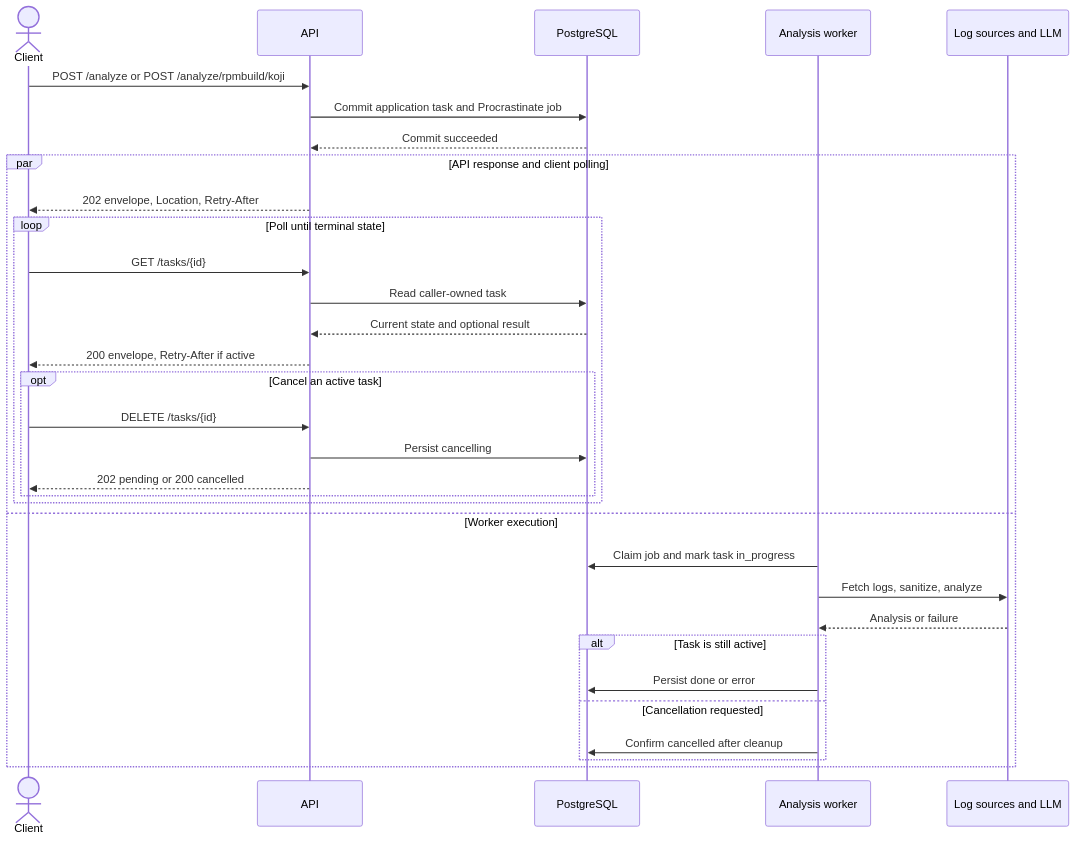
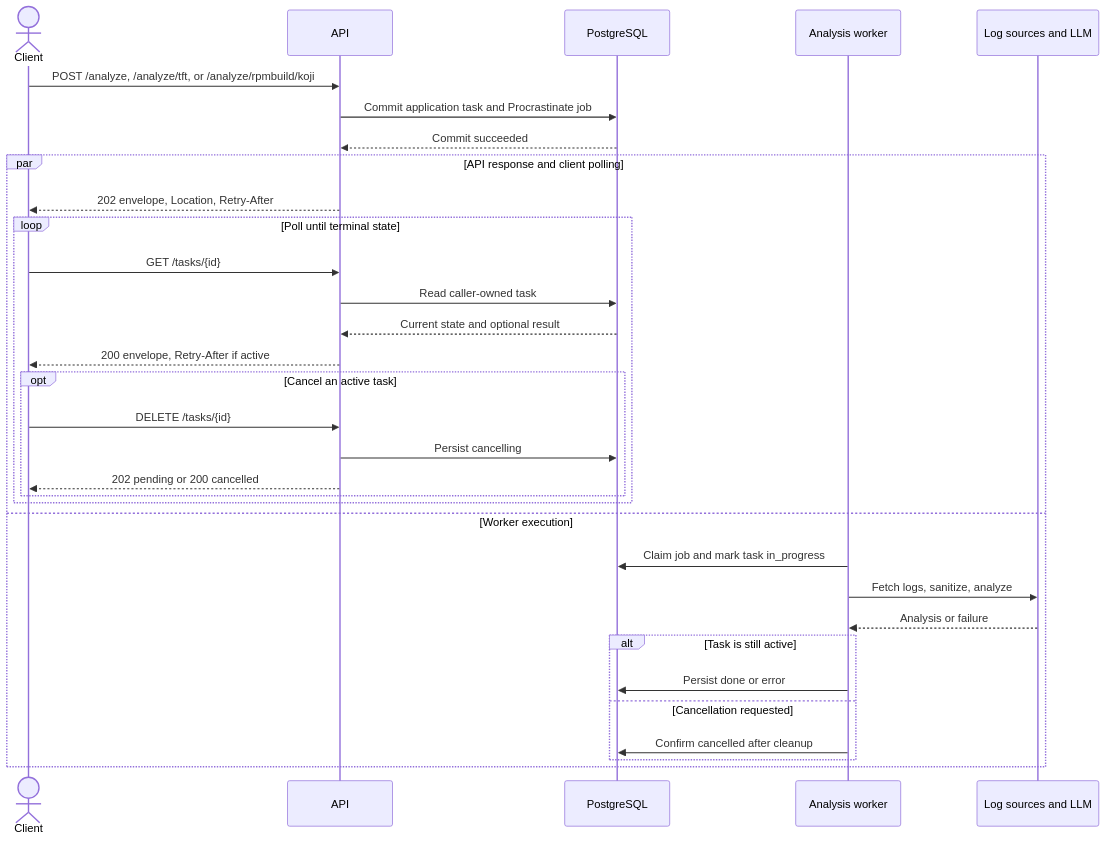
Before and after one commit to fedora-copr/logdetective: the diagram in docs/api.md, drawn with Mermaid. The commit also changed other lines of this file and 37 other files, not shown here.

````diff
--- a/docs/api.md
+++ b/docs/api.md
@@ -24,34 +24,34 @@
 ```mermaid
 sequenceDiagram
     actor Client
     participant API
     participant DB as PostgreSQL
     participant Worker as Analysis worker
     participant External as Log sources and LLM
-    Client->>API: POST /analyze or POST /analyze/rpmbuild/koji
+    Client->>API: POST /analyze, /analyze/tft, or /analyze/rpmbuild/koji
     API->>DB: Commit application task and Procrastinate job
     DB-->>API: Commit succeeded
     par API response and client polling
         API-->>Client: 202 envelope, Location, Retry-After
         loop Poll until terminal state
             Client->>API: GET /tasks/{id}
             API->>DB: Read caller-owned task
             DB-->>API: Current state and optional result
             API-->>Client: 200 envelope, Retry-After if active
             opt Cancel an active task
                 Client->>API: DELETE /tasks/{id}
                 API->>DB: Persist cancelling
                 API-->>Client: 202 pending or 200 cancelled
             end
         end
     and Worker execution
         Worker->>DB: Claim job and mark task in_progress
         Worker->>External: Fetch logs, sanitize, analyze
         External-->>Worker: Analysis or failure
         alt Task is still active
             Worker->>DB: Persist done or error
         else Cancellation requested
             Worker->>DB: Confirm cancelled after cleanup
         end
     end
 ```
````
